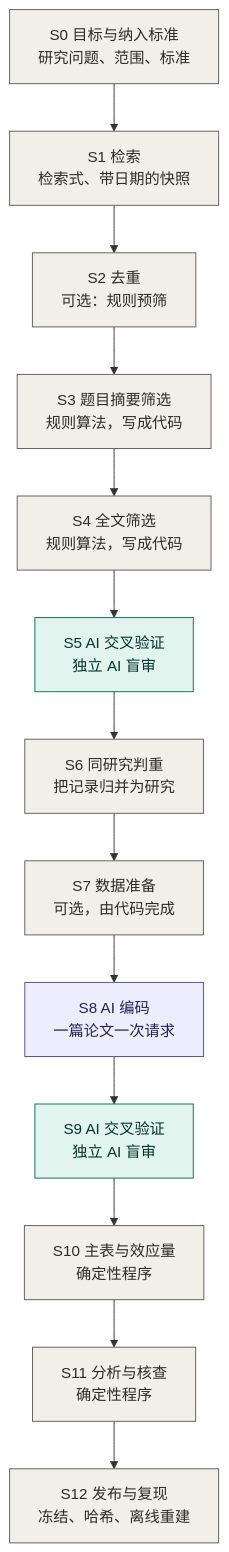
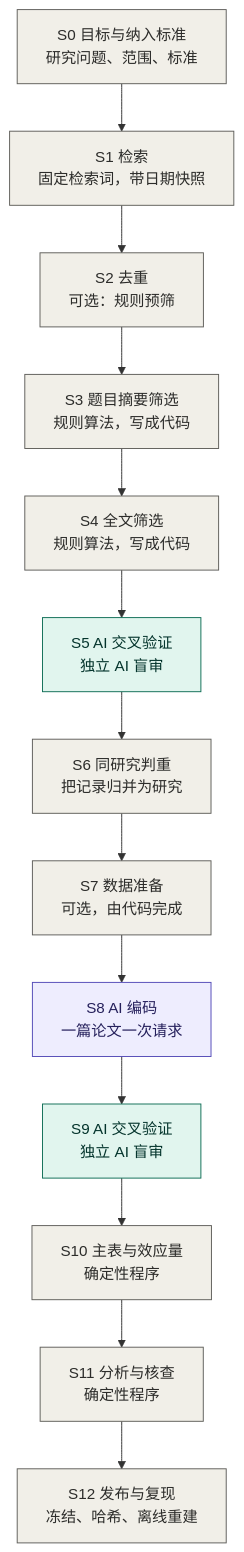
The diagram in README.zh-CN.md (shanbuzaigao/raes), drawn with Mermaid before and after one commit. The commit also changed 2 other files, not shown here.

Commit message:
Fix the search terms first in S1 and allow AI assistance in S7 under the same eligibility criteria

````diff
--- a/README.zh-CN.md
+++ b/README.zh-CN.md
@@ -21,25 +21,25 @@
 ```mermaid
 flowchart TD
     S0["S0 目标与纳入标准<br/>研究问题、范围、标准"]
-    S1["S1 检索<br/>检索式、带日期的快照"]
+    S1["S1 检索<br/>固定检索词，带日期快照"]
     S2["S2 去重<br/>可选：规则预筛"]
     S3["S3 题目摘要筛选<br/>规则算法，写成代码"]
     S4["S4 全文筛选<br/>规则算法，写成代码"]
     S5["S5 AI 交叉验证<br/>独立 AI 盲审"]
     S6["S6 同研究判重<br/>把记录归并为研究"]
     S7["S7 数据准备<br/>可选，由代码完成"]
     S8["S8 AI 编码<br/>一篇论文一次请求"]
     S9["S9 AI 交叉验证<br/>独立 AI 盲审"]
     S10["S10 主表与效应量<br/>确定性程序"]
     S11["S11 分析与核查<br/>确定性程序"]
     S12["S12 发布与复现<br/>冻结、哈希、离线重建"]
 
     S0 --> S1 --> S2 --> S3 --> S4 --> S5 --> S6 --> S7 --> S8 --> S9 --> S10 --> S11 --> S12
 
     classDef code fill:#F1EFE8,stroke:#5F5E5A,color:#2C2C2A
     classDef exec fill:#EEEDFE,stroke:#534AB7,color:#26215C
     classDef audit fill:#E1F5EE,stroke:#0F6E56,color:#04342C
     class S0,S1,S2,S3,S4,S6,S7,S10,S11,S12 code
     class S8 exec
     class S5,S9 audit
 ```
````
